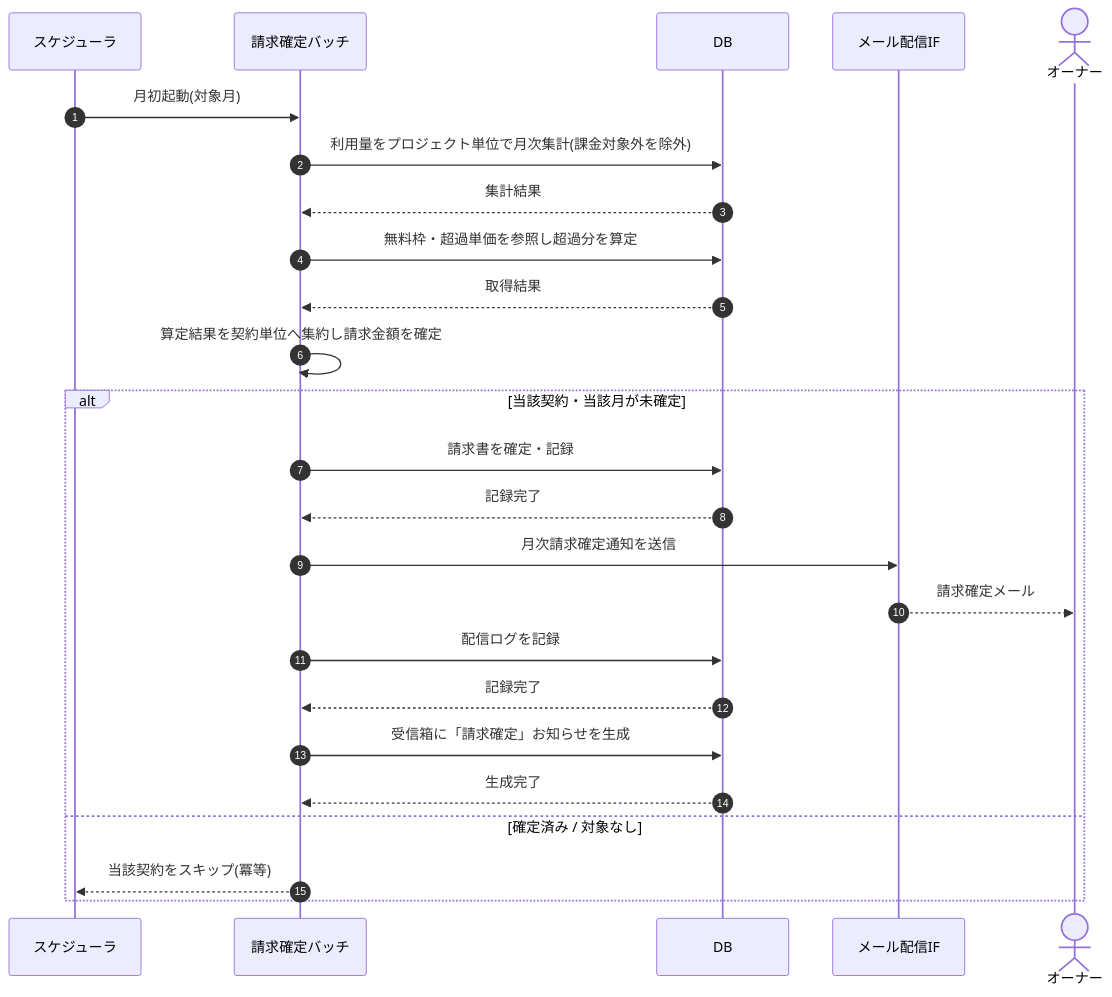
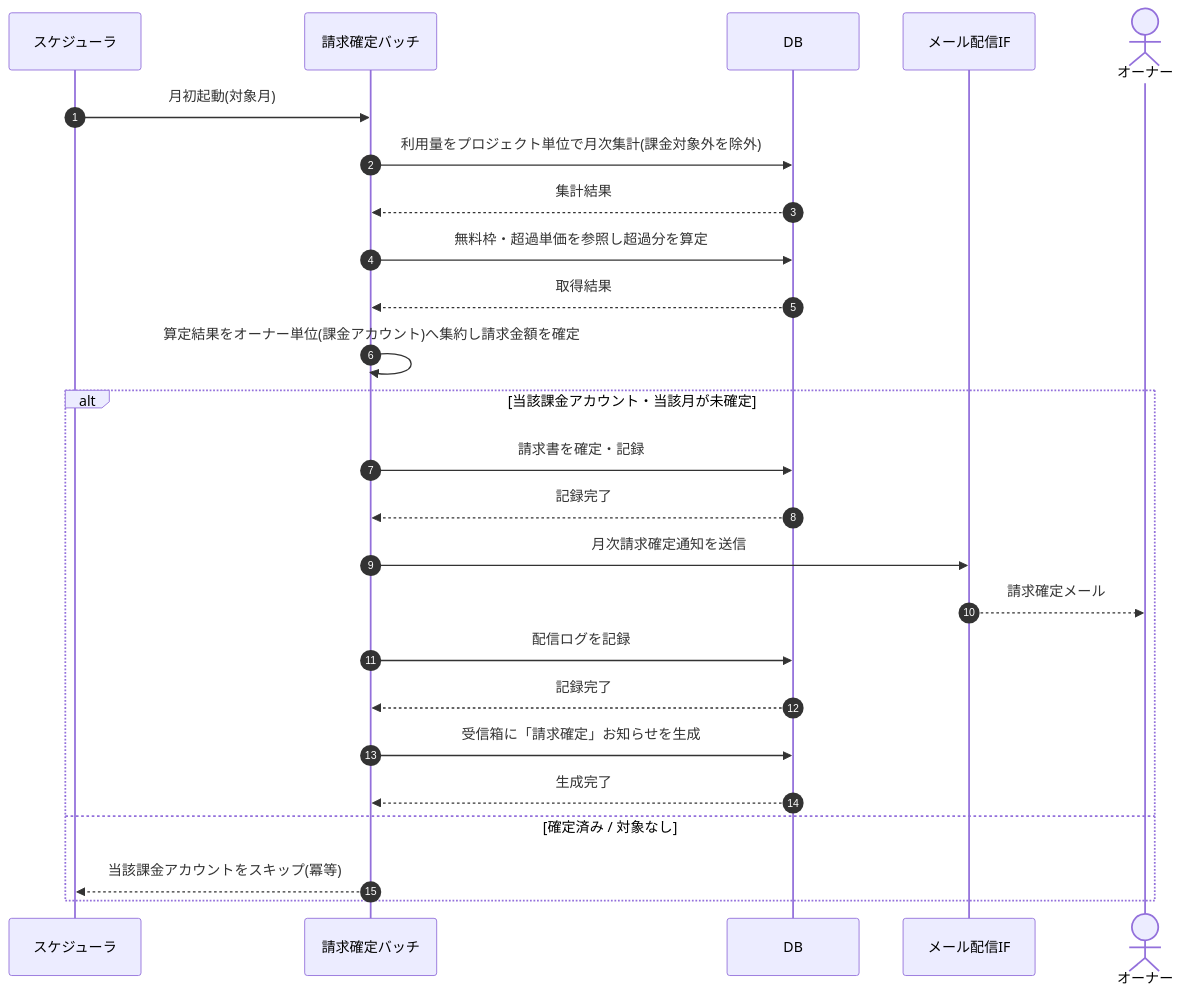
The diagram in 02_basic_design/03_sequences/SEQ-093.md (sikakou54/open-faq), drawn with Mermaid before and after one commit. The commit also changed other lines of this file and 294 other files, not shown here.

````diff
--- a/02_basic_design/03_sequences/SEQ-093.md
+++ b/02_basic_design/03_sequences/SEQ-093.md
@@ -24,27 +24,27 @@
 ```mermaid
 sequenceDiagram
   autonumber
   participant SCH as スケジューラ
   participant B as 請求確定バッチ
   participant DB as DB
   participant MAIL as メール配信IF
   actor O as オーナー
   SCH->>B: 月初起動(対象月)
   B->>DB: 利用量をプロジェクト単位で月次集計(課金対象外を除外)
   DB-->>B: 集計結果
   B->>DB: 無料枠・超過単価を参照し超過分を算定
   DB-->>B: 取得結果
-  B->>B: 算定結果を契約単位へ集約し請求金額を確定
-  alt 当該契約・当該月が未確定
+  B->>B: 算定結果をオーナー単位(課金アカウント)へ集約し請求金額を確定
+  alt 当該課金アカウント・当該月が未確定
     B->>DB: 請求書を確定・記録
     DB-->>B: 記録完了
     B->>MAIL: 月次請求確定通知を送信
     MAIL-->>O: 請求確定メール
     B->>DB: 配信ログを記録
     DB-->>B: 記録完了
     B->>DB: 受信箱に「請求確定」お知らせを生成
     DB-->>B: 生成完了
   else 確定済み / 対象なし
-    B-->>SCH: 当該契約をスキップ(冪等)
+    B-->>SCH: 当該課金アカウントをスキップ(冪等)
   end
 ```
````
